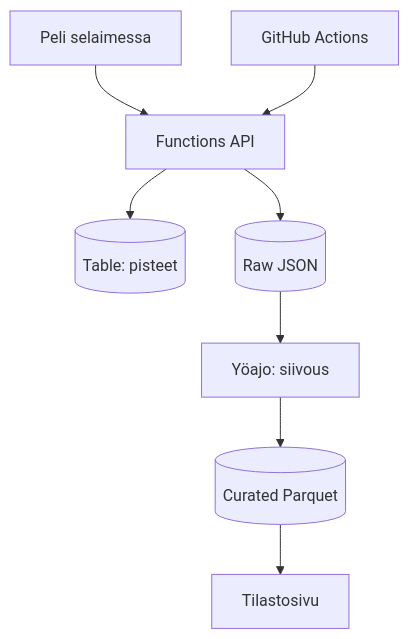
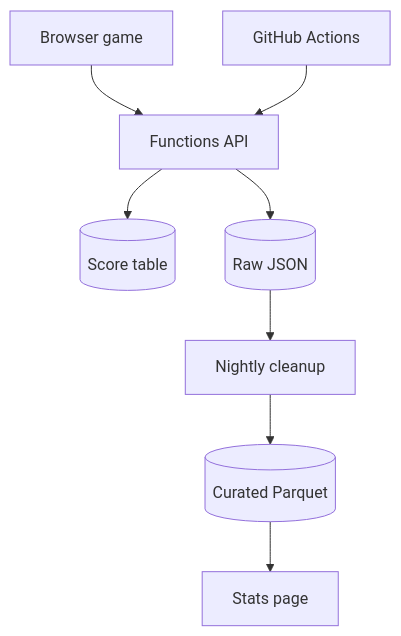
Before and after one commit to Gerlitek/zombiet-peli: the diagram in README.md, drawn with Mermaid.

Commit message:
Use English labels in the architecture diagram

````diff
--- a/README.md
+++ b/README.md
@@ -14,10 +14,10 @@
 ```mermaid
 flowchart TD
-    Game["Peli selaimessa"] --> API
+    Game["Browser game"] --> API
     GH["GitHub Actions"] --> API
-    API["Functions API"] --> Scores[("Table: pisteet")]
+    API["Functions API"] --> Scores[("Score table")]
     API --> Raw[("Raw JSON")]
-    Raw --> Night["Yöajo: siivous"]
+    Raw --> Night["Nightly cleanup"]
     Night --> Cur[("Curated Parquet")]
-    Cur --> Dash["Tilastosivu"]
+    Cur --> Dash["Stats page"]
 ```
````
